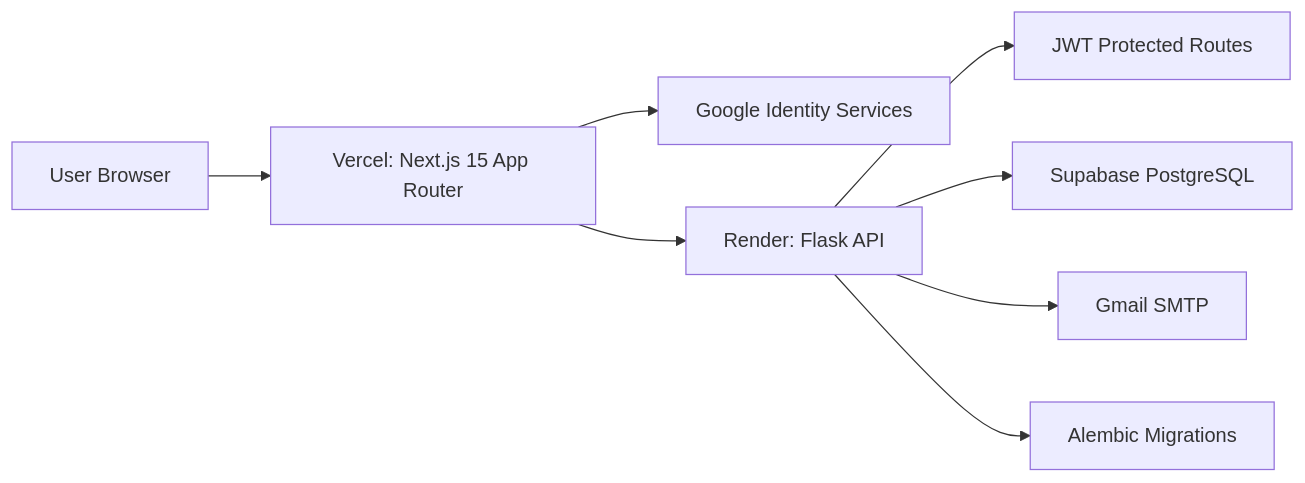
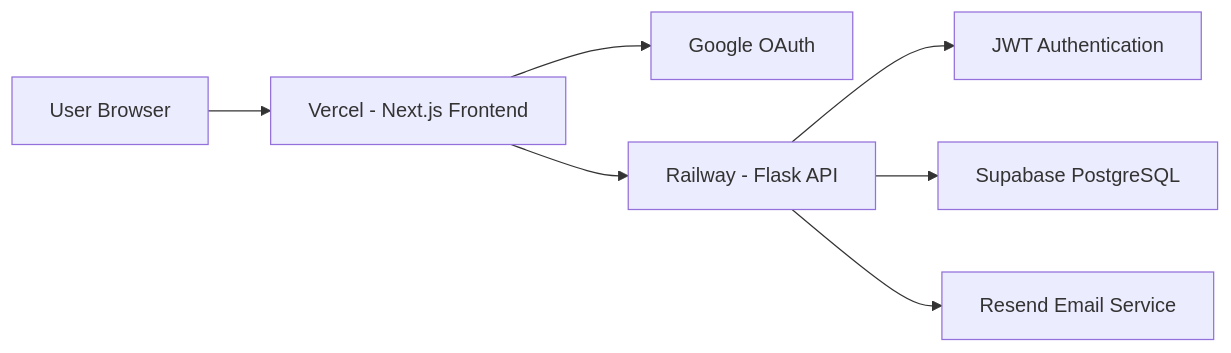
One commit to prashantsuryavanshi0/taskflow-saas changed the diagram in README.md. Above: the diagram before and after it, drawn with Mermaid. The commit also changed other lines of this file, not shown here.

````diff
--- a/README.md
+++ b/README.md
@@ -7,10 +35,16 @@
 ```mermaid
 flowchart LR
-  U["User Browser"] --> V["Vercel: Next.js 15 App Router"]
-  V --> G["Google Identity Services"]
-  V --> R["Render: Flask API"]
-  R --> J["JWT Protected Routes"]
-  R --> S["Supabase PostgreSQL"]
-  R --> M["Gmail SMTP"]
-  R --> A["Alembic Migrations"]
+
+U["User Browser"]
+--> F["Vercel - Next.js Frontend"]
+
+F --> G["Google OAuth"]
+
+F --> B["Railway - Flask API"]
+
+B --> J["JWT Authentication"]
+
+B --> D["Supabase PostgreSQL"]
+
+B --> E["Resend Email Service"]
 ```
````
